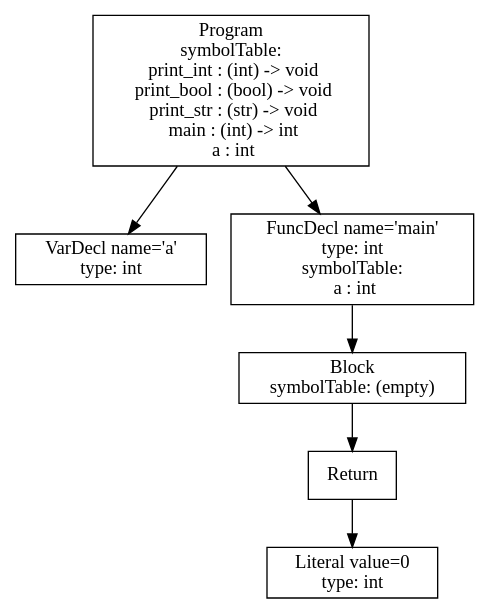
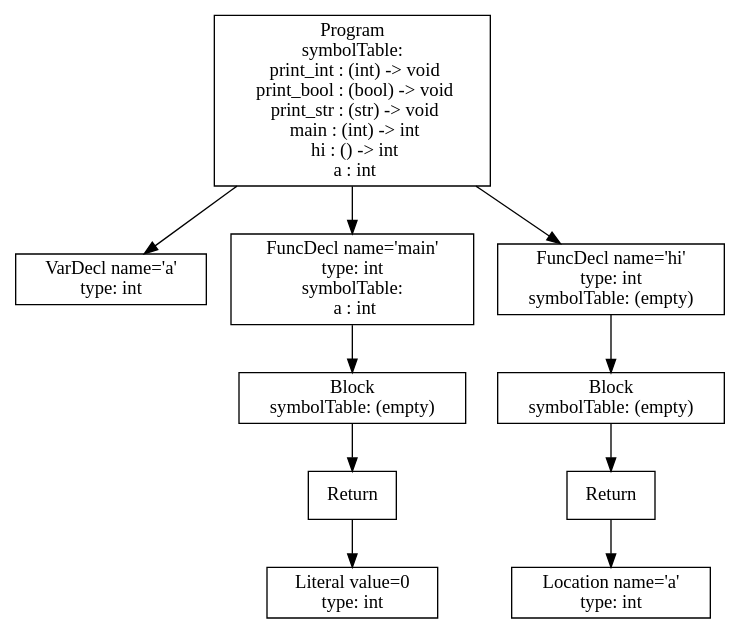
The diagram in ast.dot (vtstew/p3-analysis), drawn with Graphviz before and after one commit. The commit also changed 15 other files, not shown here.

```diff
--- a/ast.dot
+++ b/ast.dot
@@ -1,13 +1,21 @@
 digraph AST {
 1 [shape=box, label="VarDecl name='a'\ntype: int"];
 5 [shape=box, label="Literal value=0\ntype: int"];
 4 [shape=box, label="Return"];
 4 -> 5;
 3 [shape=box, label="Block\nsymbolTable: (empty)"];
 3 -> 4;
 2 [shape=box, label="FuncDecl name='main'\ntype: int\nsymbolTable: \n  a : int"];
 2 -> 3;
-0 [shape=box, label="Program\nsymbolTable: \n  print_int : (int) -> void\n  print_bool : (bool) -> void\n  print_str : (str) -> void\n  main : (int) -> int\n  a : int"];
+9 [shape=box, label="Location name='a'\ntype: int"];
+8 [shape=box, label="Return"];
+8 -> 9;
+7 [shape=box, label="Block\nsymbolTable: (empty)"];
+7 -> 8;
+6 [shape=box, label="FuncDecl name='hi'\ntype: int\nsymbolTable: (empty)"];
+6 -> 7;
+0 [shape=box, label="Program\nsymbolTable: \n  print_int : (int) -> void\n  print_bool : (bool) -> void\n  print_str : (str) -> void\n  main : (int) -> int\n  hi : () -> int\n  a : int"];
 0 -> 1;
 0 -> 2;
+0 -> 6;
 }
```
